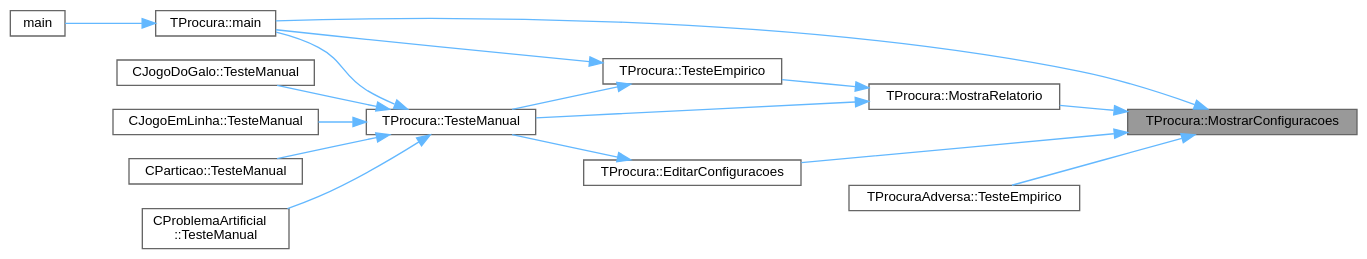
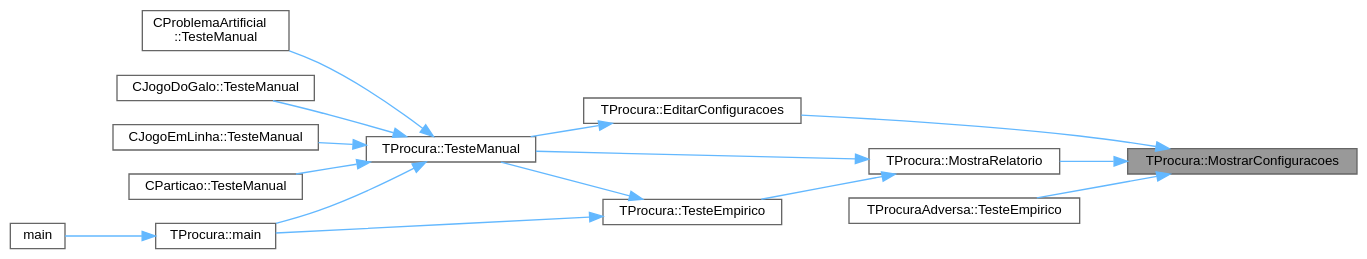
One commit to jcoelho72/TProcura changed the diagram in classTProcura_a3332047124784be2fc7af575a5f7f8b5_icgraph.dot. Above: the diagram before and after it, drawn with Graphviz. The commit also changed 27 other files, not shown here.

```diff
--- a/classTProcura_a3332047124784be2fc7af575a5f7f8b5_icgraph.dot
+++ b/classTProcura_a3332047124784be2fc7af575a5f7f8b5_icgraph.dot
@@ -1,35 +1,34 @@
 digraph "TProcura::MostrarConfiguracoes"
 {
  // LATEX_PDF_SIZE
   bgcolor="transparent";
   edge [fontname=Helvetica,fontsize=10,labelfontname=Helvetica,labelfontsize=10];
   node [fontname=Helvetica,fontsize=10,shape=box,height=0.2,width=0.4];
   rankdir="RL";
   Node1 [id="Node000001",label="TProcura::MostrarConfiguracoes",height=0.2,width=0.4,color="gray40", fillcolor="grey60", style="filled", fontcolor="black",tooltip="Mostra as configurações disponíveis."];
   Node1 -> Node2 [id="edge1_Node000001_Node000002",dir="back",color="steelblue1",style="solid",tooltip=" "];
   Node2 [id="Node000002",label="TProcura::EditarConfiguracoes",height=0.2,width=0.4,color="grey40", fillcolor="white", style="filled",URL="$classTProcura.html#ae559b54c7ff363280df914fec988794f",tooltip="Permite ao utilizador editar as configurações."];
   Node2 -> Node3 [id="edge2_Node000002_Node000003",dir="back",color="steelblue1",style="solid",tooltip=" "];
   Node3 [id="Node000003",label="TProcura::TesteManual",height=0.2,width=0.4,color="grey40", fillcolor="white", style="filled",URL="$classTProcura.html#a5fdf4e8f76e59eb83fbc274fa61e34af",tooltip="Inicializa a interação com o utilizador."];
   Node3 -> Node4 [id="edge3_Node000003_Node000004",dir="back",color="steelblue1",style="solid",tooltip=" "];
   Node4 [id="Node000004",label="TProcura::main",height=0.2,width=0.4,color="grey40", fillcolor="white", style="filled",URL="$classTProcura.html#aad1499e49cf6757569aeabd9c3fb2a8c",tooltip="Inicializa a interação com o utilizador."];
   Node4 -> Node5 [id="edge4_Node000004_Node000005",dir="back",color="steelblue1",style="solid",tooltip=" "];
   Node5 [id="Node000005",label="main",height=0.2,width=0.4,color="grey40", fillcolor="white", style="filled",URL="$Adversa_2Teste_2teste_8cpp.html#a0ddf1224851353fc92bfbff6f499fa97",tooltip=" "];
   Node3 -> Node6 [id="edge5_Node000003_Node000006",dir="back",color="steelblue1",style="solid",tooltip=" "];
   Node6 [id="Node000006",label="CJogoDoGalo::TesteManual",height=0.2,width=0.4,color="grey40", fillcolor="white", style="filled",URL="$classCJogoDoGalo.html#a113984a3801a93ebce61e0a700a413ab",tooltip="Inicializa a interação com o utilizador."];
   Node3 -> Node7 [id="edge6_Node000003_Node000007",dir="back",color="steelblue1",style="solid",tooltip=" "];
   Node7 [id="Node000007",label="CJogoEmLinha::TesteManual",height=0.2,width=0.4,color="grey40", fillcolor="white", style="filled",URL="$classCJogoEmLinha.html#ad289e94136b44c9e3e942acf64ff0449",tooltip="Inicializa a interação com o utilizador."];
   Node3 -> Node8 [id="edge7_Node000003_Node000008",dir="back",color="steelblue1",style="solid",tooltip=" "];
   Node8 [id="Node000008",label="CParticao::TesteManual",height=0.2,width=0.4,color="grey40", fillcolor="white", style="filled",URL="$classCParticao.html#aa4d328b9944991f3fc52ce0726111865",tooltip="Inicializa a interação com o utilizador."];
   Node3 -> Node9 [id="edge8_Node000003_Node000009",dir="back",color="steelblue1",style="solid",tooltip=" "];
   Node9 [id="Node000009",label="CProblemaArtificial\l::TesteManual",height=0.2,width=0.4,color="grey40", fillcolor="white", style="filled",URL="$classCProblemaArtificial.html#abaad629eb538177261df40e1e27e92ed",tooltip="Inicializa a interação com o utilizador."];
-  Node1 -> Node4 [id="edge9_Node000001_Node000004",dir="back",color="steelblue1",style="solid",tooltip=" "];
-  Node1 -> Node10 [id="edge10_Node000001_Node000010",dir="back",color="steelblue1",style="solid",tooltip=" "];
+  Node1 -> Node10 [id="edge9_Node000001_Node000010",dir="back",color="steelblue1",style="solid",tooltip=" "];
   Node10 [id="Node000010",label="TProcura::MostraRelatorio",height=0.2,width=0.4,color="grey40", fillcolor="white", style="filled",URL="$classTProcura.html#a8efec796677c8e25ad8bdb56a1082e2d",tooltip="Mostra um relatório dos resultados."];
-  Node10 -> Node11 [id="edge11_Node000010_Node000011",dir="back",color="steelblue1",style="solid",tooltip=" "];
+  Node10 -> Node11 [id="edge10_Node000010_Node000011",dir="back",color="steelblue1",style="solid",tooltip=" "];
   Node11 [id="Node000011",label="TProcura::TesteEmpirico",height=0.2,width=0.4,color="grey40", fillcolor="white", style="filled",URL="$classTProcura.html#ae98922e2f7f8bb6e487af0a1e4f84336",tooltip="Executa testes empíricos, em todas as configurações guardadas, nas instâncias selecionadas."];
-  Node11 -> Node4 [id="edge12_Node000011_Node000004",dir="back",color="steelblue1",style="solid",tooltip=" "];
-  Node11 -> Node3 [id="edge13_Node000011_Node000003",dir="back",color="steelblue1",style="solid",tooltip=" "];
-  Node10 -> Node3 [id="edge14_Node000010_Node000003",dir="back",color="steelblue1",style="solid",tooltip=" "];
-  Node1 -> Node12 [id="edge15_Node000001_Node000012",dir="back",color="steelblue1",style="solid",tooltip=" "];
+  Node11 -> Node4 [id="edge11_Node000011_Node000004",dir="back",color="steelblue1",style="solid",tooltip=" "];
+  Node11 -> Node3 [id="edge12_Node000011_Node000003",dir="back",color="steelblue1",style="solid",tooltip=" "];
+  Node10 -> Node3 [id="edge13_Node000010_Node000003",dir="back",color="steelblue1",style="solid",tooltip=" "];
+  Node1 -> Node12 [id="edge14_Node000001_Node000012",dir="back",color="steelblue1",style="solid",tooltip=" "];
   Node12 [id="Node000012",label="TProcuraAdversa::TesteEmpirico",height=0.2,width=0.4,color="grey40", fillcolor="white", style="filled",URL="$classTProcuraAdversa.html#a4b4a40d5c7e79fba24bc562d6e934fd8",tooltip=" "];
 }
```
